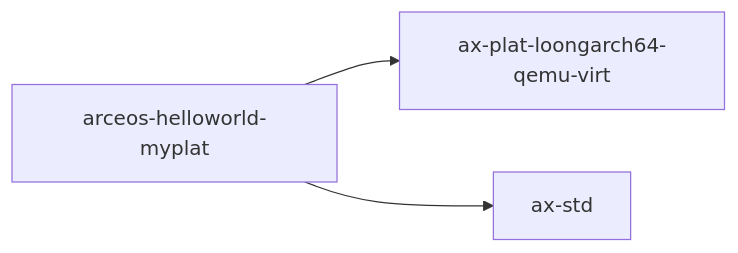
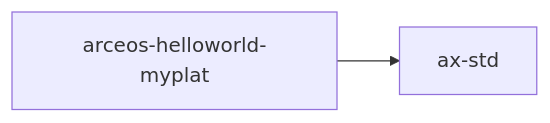
Before and after one commit to rcore-os/tgoskits: the diagram in docs/docs/components/crates/arceos-helloworld-myplat.md, drawn with Mermaid. The commit also changed other lines of this file and 88 other files, not shown here.

````diff
--- a/docs/docs/components/crates/arceos-helloworld-myplat.md
+++ b/docs/docs/components/crates/arceos-helloworld-myplat.md
@@ -31,6 +31,5 @@
 ```mermaid
 graph LR
     current["arceos-helloworld-myplat"]
-    current --> ax_plat_loongarch64_qemu_virt["ax-plat-loongarch64-qemu-virt"]
-    current --> ax-std["ax-std"]
+    current --> ax_std["ax-std"]
 ```
````
